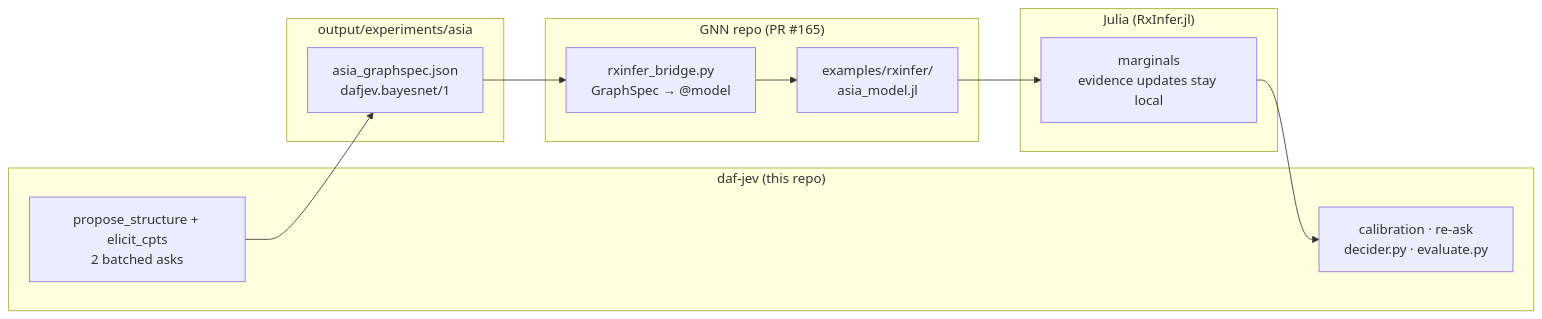
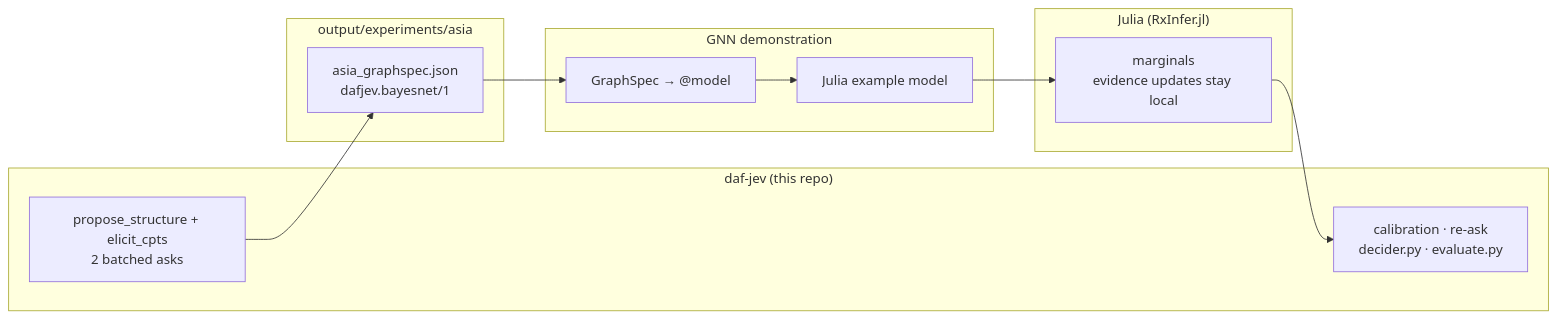
Before and after one commit to docxology/daf-jev: the fourth of 5 diagrams in README.md, drawn with Mermaid. The commit also changed other lines of this file and 2 other files, not shown here.

Commit message:
Document offline GraphSpec verification

````diff
--- a/README.md
+++ b/README.md
@@ -549,22 +548,22 @@
 ```mermaid
 flowchart LR
     subgraph jev["daf-jev (this repo)"]
         A["propose_structure + elicit_cpts<br/>2 batched asks"]
         G["calibration · re-ask<br/>decider.py · evaluate.py"]
     end
     subgraph art["output/experiments/asia"]
         C["asia_graphspec.json<br/>dafjev.bayesnet/1"]
     end
-    subgraph gnn["GNN repo (PR #165)"]
-        D["rxinfer_bridge.py<br/>GraphSpec → @model"]
-        E["examples/rxinfer/<br/>asia_model.jl"]
+    subgraph gnn["GNN demonstration"]
+        D["GraphSpec → @model"]
+        E["Julia example model"]
     end
     subgraph jl["Julia (RxInfer.jl)"]
         F["marginals<br/>evidence updates stay local"]
     end
     A --> C
     C --> D
     D --> E
     E --> F
     F --> G
 ```
````
